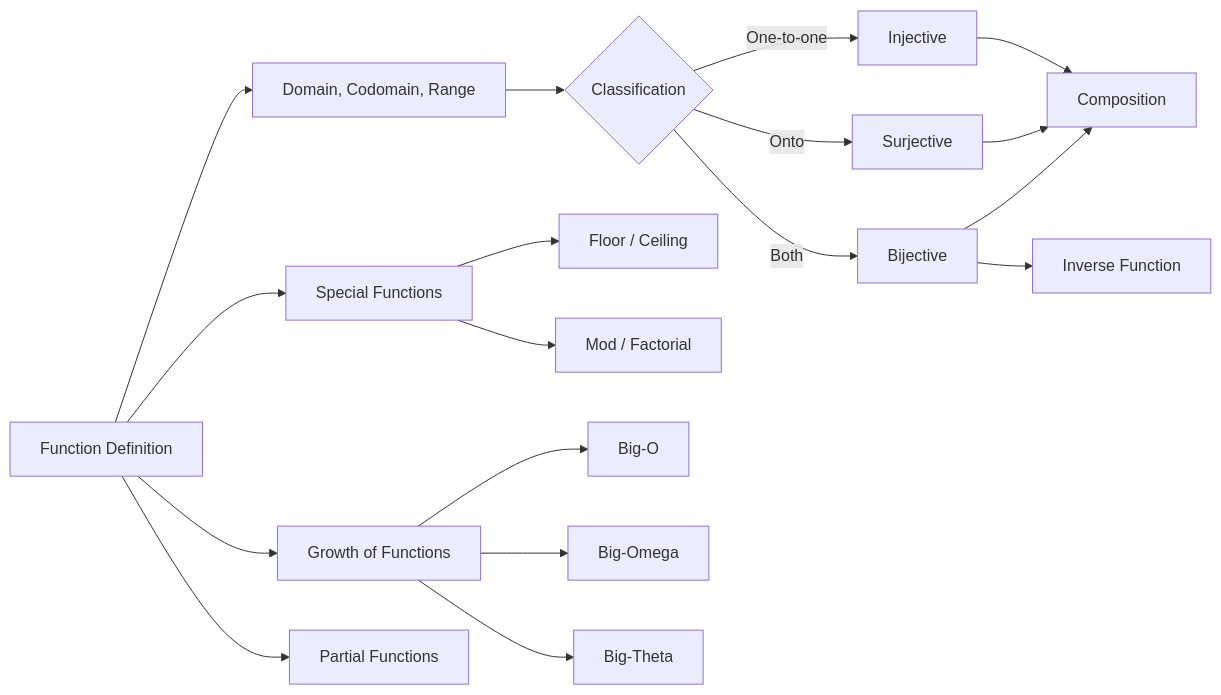
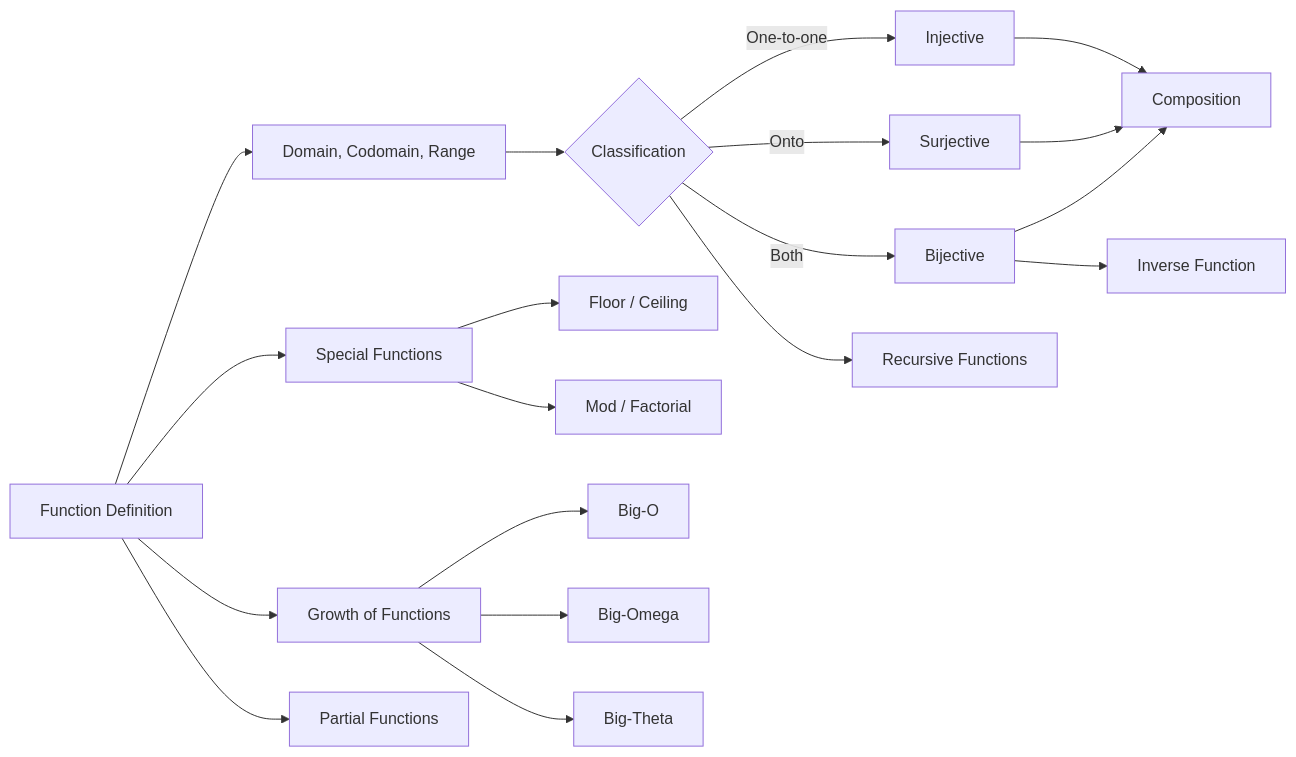
The diagram in docs/courses/discrete-mathematics/08-functions.md (Raushan666java/ai-engineering-journey), drawn with Mermaid before and after one commit. The commit also changed other lines of this file and 62 other files, not shown here.

````diff
--- a/docs/courses/discrete-mathematics/08-functions.md
+++ b/docs/courses/discrete-mathematics/08-functions.md
@@ -30,20 +33,21 @@
 ```mermaid
 flowchart LR
     A[Function Definition] --> B[Domain, Codomain, Range]
     B --> C{Classification}
     C -->|One-to-one| D[Injective]
     C -->|Onto| E[Surjective]
     C -->|Both| F[Bijective]
     F --> G[Inverse Function]
     D --> H[Composition]
     E --> H
     F --> H
     A --> I[Special Functions]
     I --> J[Floor / Ceiling]
     I --> K[Mod / Factorial]
     A --> L[Growth of Functions]
     L --> M[Big-O]
     L --> N[Big-Omega]
     L --> O[Big-Theta]
     A --> P[Partial Functions]
+    C --> Q[Recursive Functions]
 ```
````
